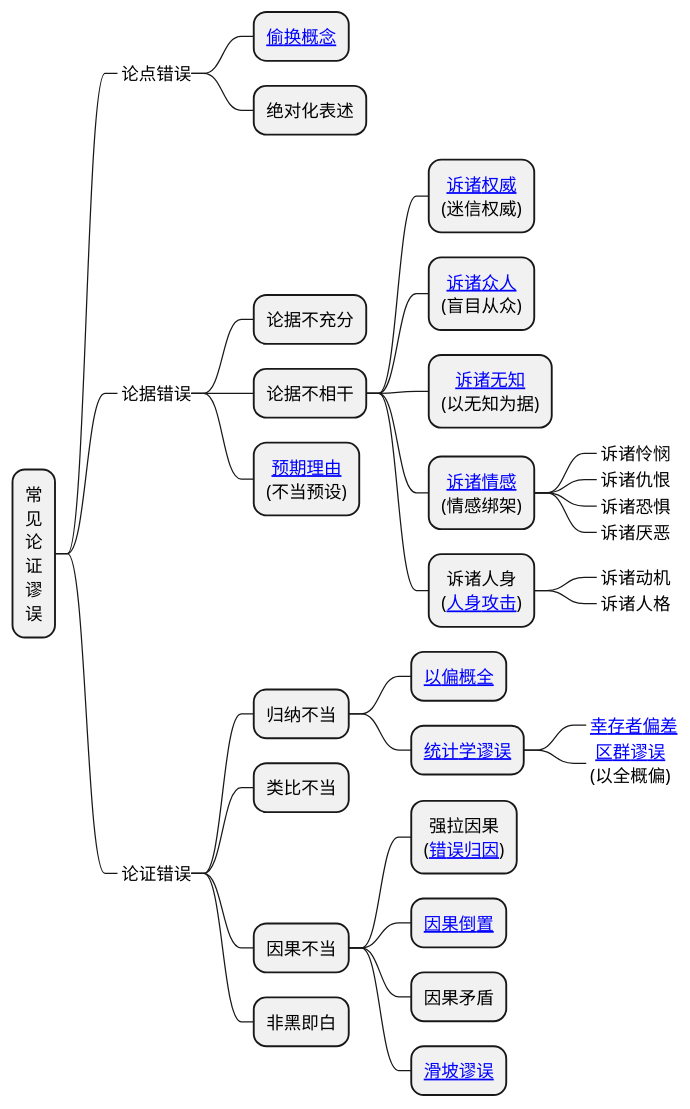
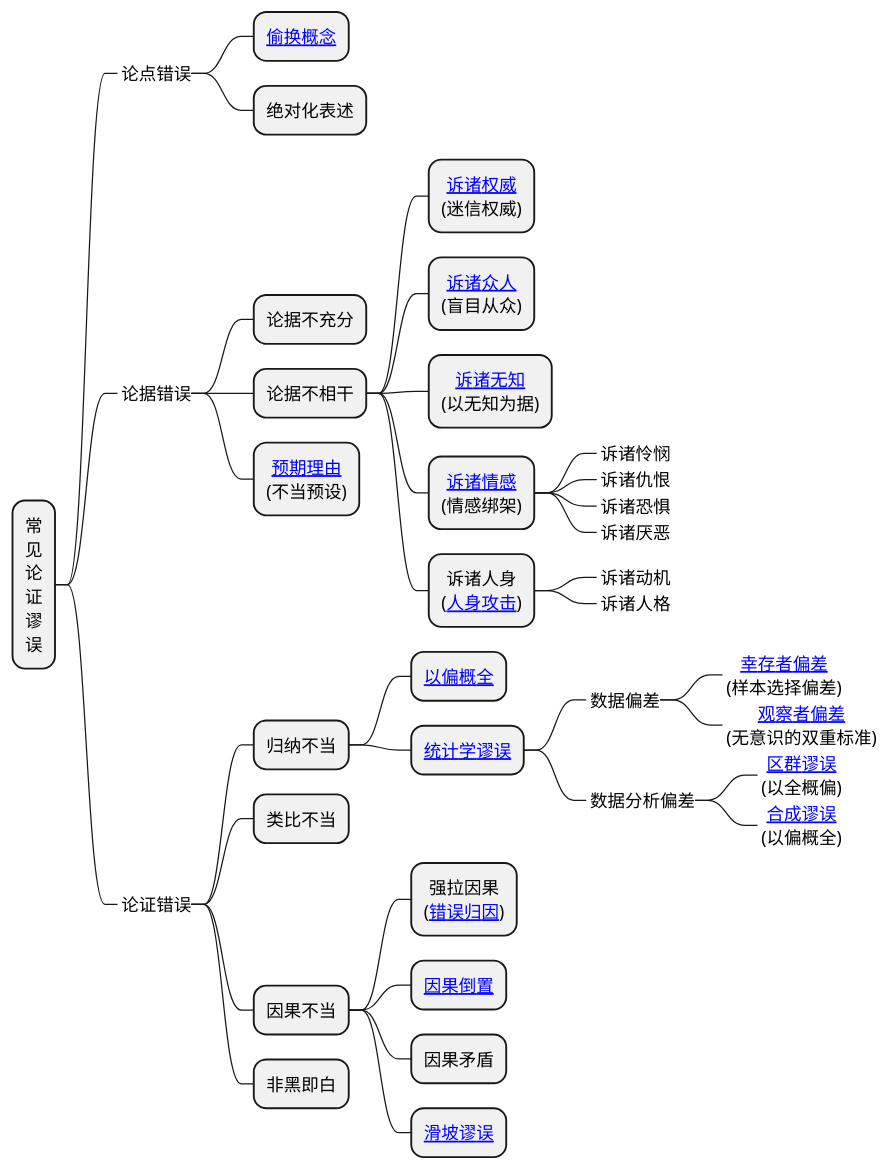
The fifth of 5 diagrams in source/_posts/logic/logic.md (holmofy/blog.hufeifei.cn), drawn with PlantUML before and after one commit.

````diff
--- a/source/_posts/logic/logic.md
+++ b/source/_posts/logic/logic.md
@@ -156,42 +156,46 @@
 ```plantuml
 @startmindmap
 <style>
 node {
     HorizontalAlignment center
     RoundCorner 20
 }
 </style>
 * 常\n见\n论\n证\n谬\n误
 **_ 论点错误
 *** [[https://baike.baidu.com/item/偷换概念/6714008 偷换概念]]
 *** 绝对化表述
 **_ 论据错误
 *** 论据不充分
 *** 论据不相干
 **** [[https://baike.baidu.com/item/诉诸权威 诉诸权威]]\n(迷信权威)
 **** [[https://baike.baidu.com/item/诉诸大众 诉诸众人]]\n(盲目从众)
 **** [[https://baike.baidu.com/item/诉诸无知 诉诸无知]]\n(以无知为据)
 **** [[https://baike.baidu.com/item/诉诸情感 诉诸情感]]\n(情感绑架)
 *****_ 诉诸怜悯
 *****_ 诉诸仇恨
 *****_ 诉诸恐惧
 *****_ 诉诸厌恶
 **** 诉诸人身\n([[https://baike.baidu.com/item/人身攻击 人身攻击]])
 *****_ 诉诸动机
 *****_ 诉诸人格
 *** [[https://baike.baidu.com/item/预期理由 预期理由]]\n(不当预设)
 **_ 论证错误
 *** 归纳不当
 **** [[https://baike.baidu.com/item/以偏概全 以偏概全]]
 **** [[https://baike.baidu.com/item/统计陷阱/3778566 统计学谬误]]
-*****_ [[https://baike.baidu.com/item/幸存者偏差/10313799 幸存者偏差]]
-*****_ [[https://baike.baidu.com/item/区群谬误 区群谬误]]\n(以全概偏)
+*****_ 数据偏差
+******_ [[https://baike.baidu.com/item/幸存者偏差/10313799 幸存者偏差]]\n(样本选择偏差)
+******_ [[https://baike.baidu.com/item/观察者偏差 观察者偏差]]\n(无意识的双重标准)
+*****_ 数据分析偏差
+******_ [[https://baike.baidu.com/item/区群谬误 区群谬误]]\n(以全概偏)
+******_ [[https://baike.baidu.com/item/合成谬误 合成谬误]]\n(以偏概全)
 *** 类比不当
 *** 因果不当
 **** 强拉因果\n([[https://baike.baidu.com/item/基本归因错误 错误归因]])
 **** [[https://baike.baidu.com/item/因果倒置 因果倒置]]
 **** 因果矛盾
 **** [[https://baike.baidu.com/item/滑坡谬误 滑坡谬误]]
 *** 非黑即白
 @endmindmap
 ```
````
